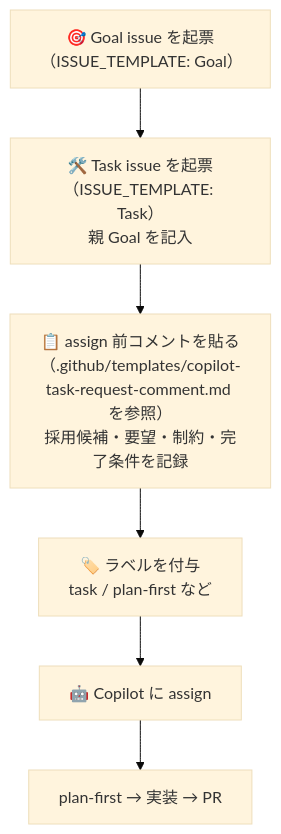
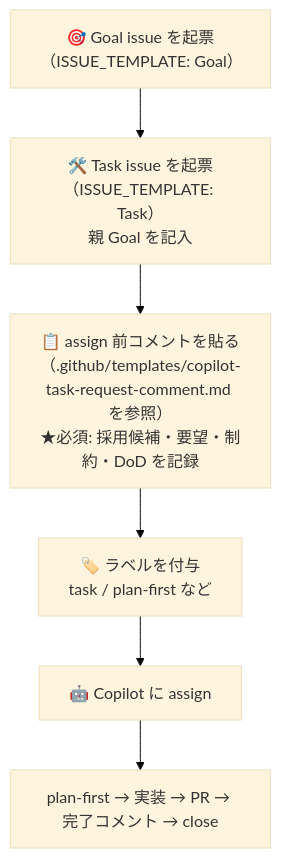
One commit to cocomomojo/test_ai1 changed the fourth of 5 diagrams in README.md. Above: the diagram before and after it, drawn with Mermaid (base theme). The commit also changed other lines of this file and 4 other files, not shown here.

First line of the commit message:
Task issue 運用の型を固める: assign前コメント必須化・plan-first DoD強化・クローズ一貫化

````diff
--- a/README.md
+++ b/README.md
@@ -255,8 +255,8 @@
 ```mermaid
 flowchart TD
     A["🎯 Goal issue を起票\n（ISSUE_TEMPLATE: Goal）"] --> B["🛠️ Task issue を起票\n（ISSUE_TEMPLATE: Task）\n親 Goal を記入"]
-    B --> C["📋 assign 前コメントを貼る\n（.github/templates/copilot-task-request-comment.md を参照）\n採用候補・要望・制約・完了条件を記録"]
+    B --> C["📋 assign 前コメントを貼る\n（.github/templates/copilot-task-request-comment.md を参照）\n★必須: 採用候補・要望・制約・DoD を記録"]
     C --> D["🏷️ ラベルを付与\ntask / plan-first など"]
     D --> E["🤖 Copilot に assign"]
-    E --> F["plan-first → 実装 → PR"]
+    E --> F["plan-first → 実装 → PR → 完了コメント → close"]
 ```
````
